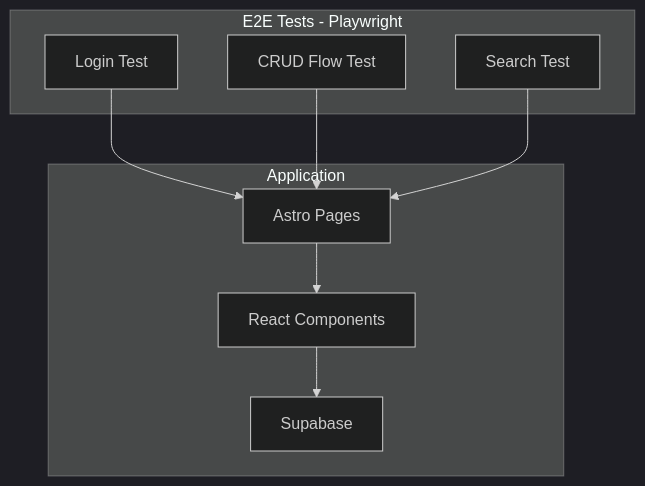
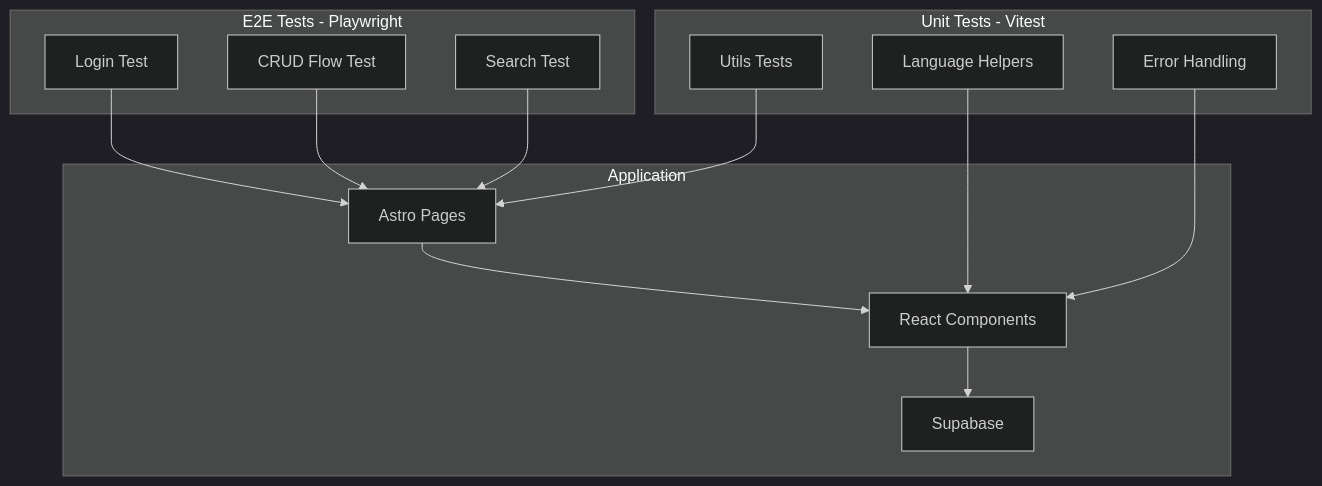
The ninth of 11 diagrams in docs/tech-architecture.md (rschultek/Spellbook), drawn with Mermaid (dark theme) before and after one commit. The commit also changed other lines of this file and 5 other files, not shown here.

````diff
--- a/docs/tech-architecture.md
+++ b/docs/tech-architecture.md
@@ -723,20 +898,29 @@
 ```mermaid
 graph TB
     subgraph "E2E Tests - Playwright"
         A[Login Test]
         B[CRUD Flow Test]
         C[Search Test]
+    end
+
+    subgraph "Unit Tests - Vitest"
+        G[Utils Tests]
+        H[Language Helpers]
+        I[Error Handling]
     end
 
     subgraph "Application"
         D[Astro Pages]
         E[React Components]
         F[Supabase]
     end
 
     A --> D
     B --> D
     C --> D
+    G --> D
+    H --> E
+    I --> E
     D --> E
     E --> F
 ```
````
